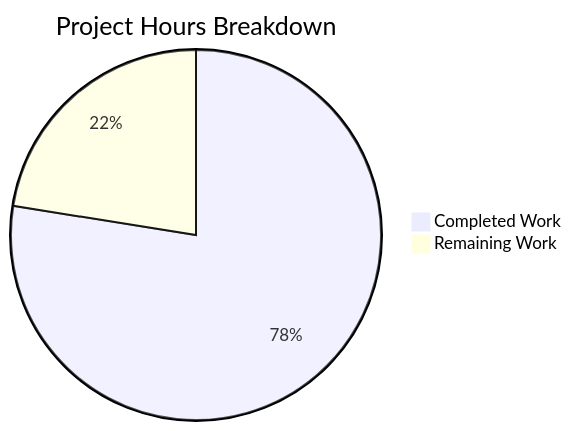
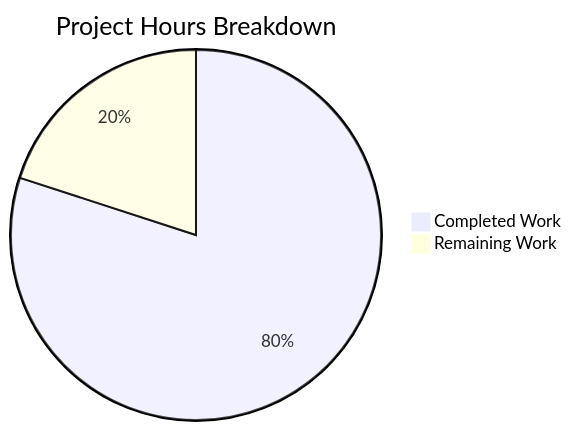
Before and after one commit to Blitzy-Sandbox/blitzy-cal: the second of 3 diagrams in blitzy/documentation/Project Guide.md, drawn with Mermaid. The commit also changed other lines of this file, not shown here.

Commit message:
Adding Blitzy Project Guide: Project Status and Human Tasks Remaining

````diff
--- a/blitzy/documentation/Project Guide.md
+++ b/blitzy/documentation/Project Guide.md
@@ -231,5 +233,5 @@
 ```mermaid
 pie title Project Hours Breakdown
-    "Completed Work" : 100
-    "Remaining Work" : 29
+    "Completed Work" : 120
+    "Remaining Work" : 30
 ```
````
